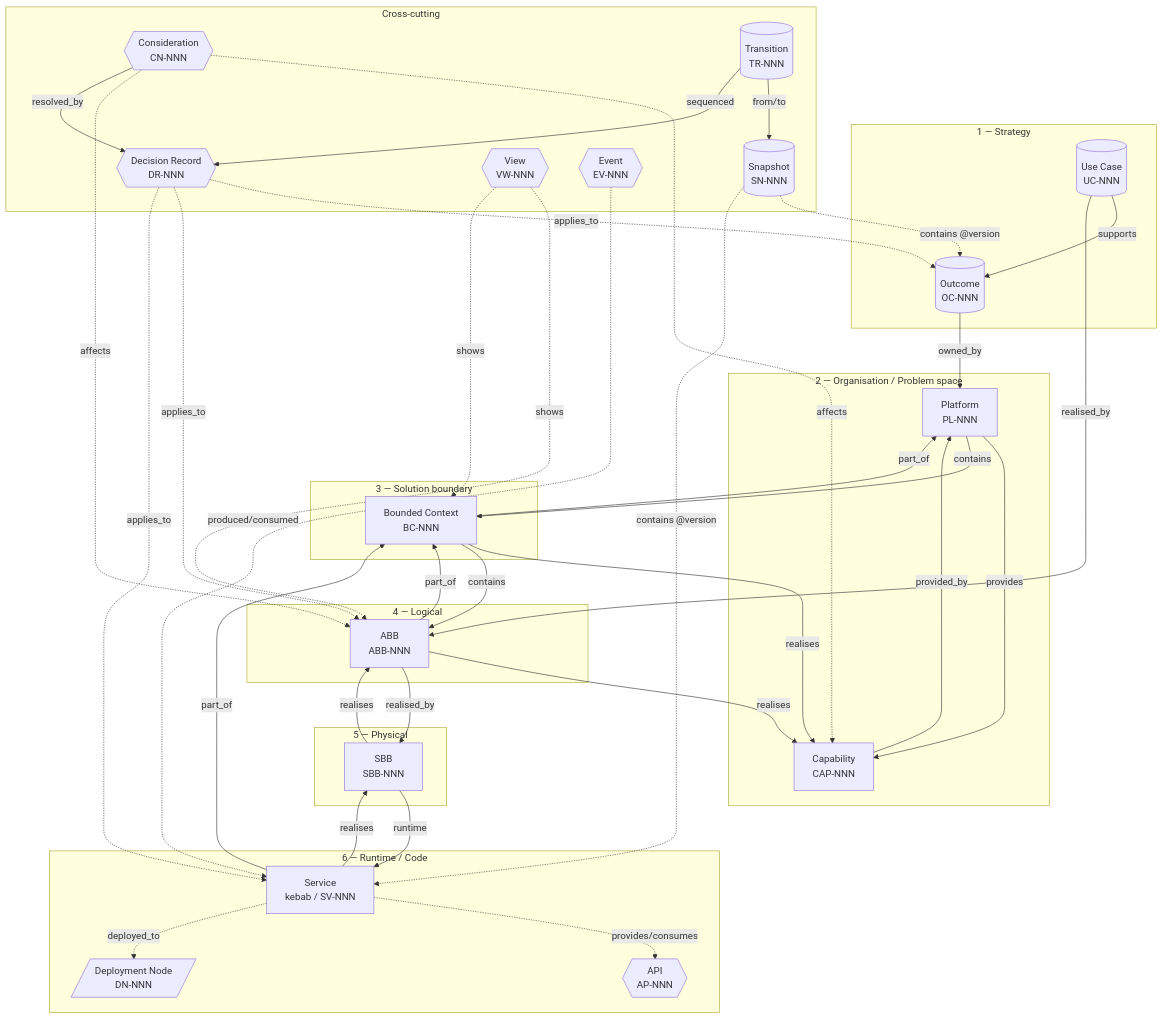
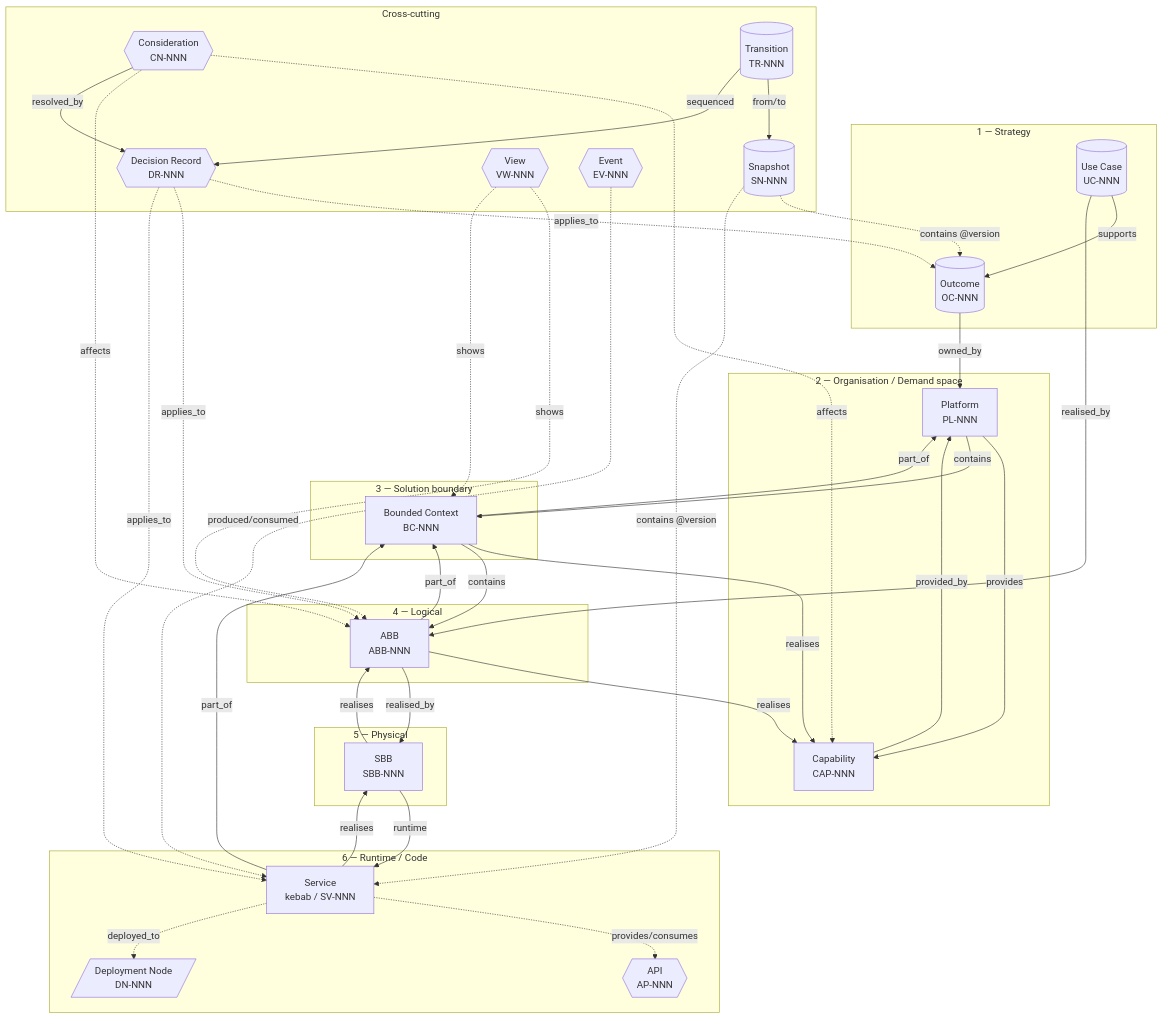
The second of 3 diagrams in standards/standard-frontmatter.md (dermot-obrien/ai-assisted-architecture), drawn with Mermaid before and after one commit. The commit also changed 26 other files, not shown here.

First line of the commit message:
feat(continuum): the demand space, not the problem space

````diff
--- a/standards/standard-frontmatter.md
+++ b/standards/standard-frontmatter.md
@@ -767,73 +767,73 @@
 ```mermaid
 flowchart TB
     subgraph STRATEGY ["1 — Strategy"]
         OC[(Outcome<br/>OC-NNN)]
         UC[(Use Case<br/>UC-NNN)]
     end
 
-    subgraph ORG ["2 — Organisation / Problem space"]
+    subgraph ORG ["2 — Organisation / Demand space"]
         PL[Platform<br/>PL-NNN]
         CAP[Capability<br/>CAP-NNN]
     end
 
     subgraph CTX ["3 — Solution boundary"]
         BC[Bounded Context<br/>BC-NNN]
     end
 
     subgraph LOGICAL ["4 — Logical"]
         AB[ABB<br/>ABB-NNN]
     end
 
     subgraph PHYSICAL ["5 — Physical"]
         SB[SBB<br/>SBB-NNN]
     end
 
     subgraph RUNTIME ["6 — Runtime / Code"]
         SV[Service<br/>kebab / SV-NNN]
         AP{{API<br/>AP-NNN}}
         DN[/Deployment Node<br/>DN-NNN/]
     end
 
     subgraph CROSSCUT ["Cross-cutting"]
         DR{{Decision Record<br/>DR-NNN}}
         CN{{Consideration<br/>CN-NNN}}
         SN[(Snapshot<br/>SN-NNN)]
         TR[(Transition<br/>TR-NNN)]
         VW{{View<br/>VW-NNN}}
         EV{{Event<br/>EV-NNN}}
     end
 
     UC -- supports --> OC
     OC -- owned_by --> PL
     PL -- provides --> CAP
     PL -- contains --> BC
     BC -- realises --> CAP
     BC -- contains --> AB
     BC -- part_of --> PL
     CAP -- provided_by --> PL
     UC -- realised_by --> AB
     AB -- realises --> CAP
     AB -- part_of --> BC
     AB -- realised_by --> SB
     SB -- realises --> AB
     SB -- runtime --> SV
     SV -- realises --> SB
     SV -- part_of --> BC
 
     SV -. provides/consumes .-> AP
     SV -. deployed_to .-> DN
 
     CN -. affects .-> CAP
     CN -. affects .-> AB
     CN -- resolved_by --> DR
     DR -. applies_to .-> OC
     DR -. applies_to .-> AB
     DR -. applies_to .-> SV
     SN -. contains @version .-> OC
     SN -. contains @version .-> SV
     TR -- from/to --> SN
     TR -- sequenced --> DR
     VW -. shows .-> AB
     VW -. shows .-> BC
     EV -. produced/consumed .-> SV
 ```
````
